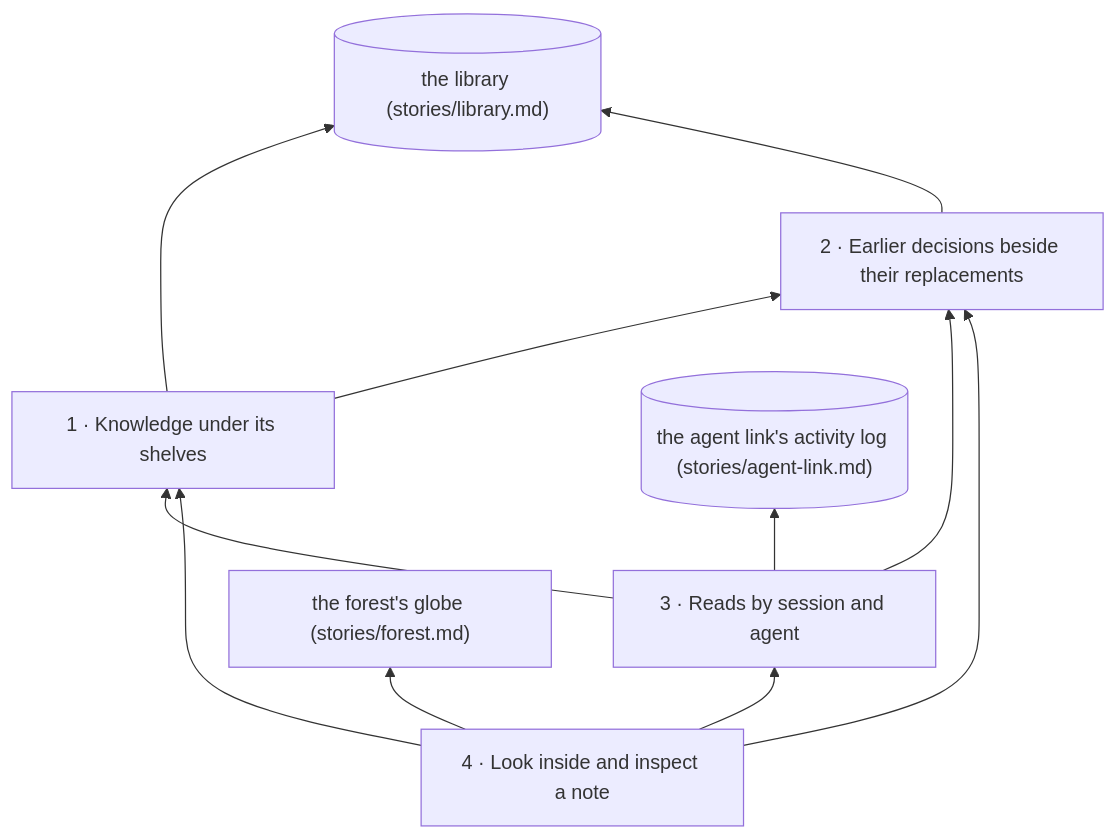
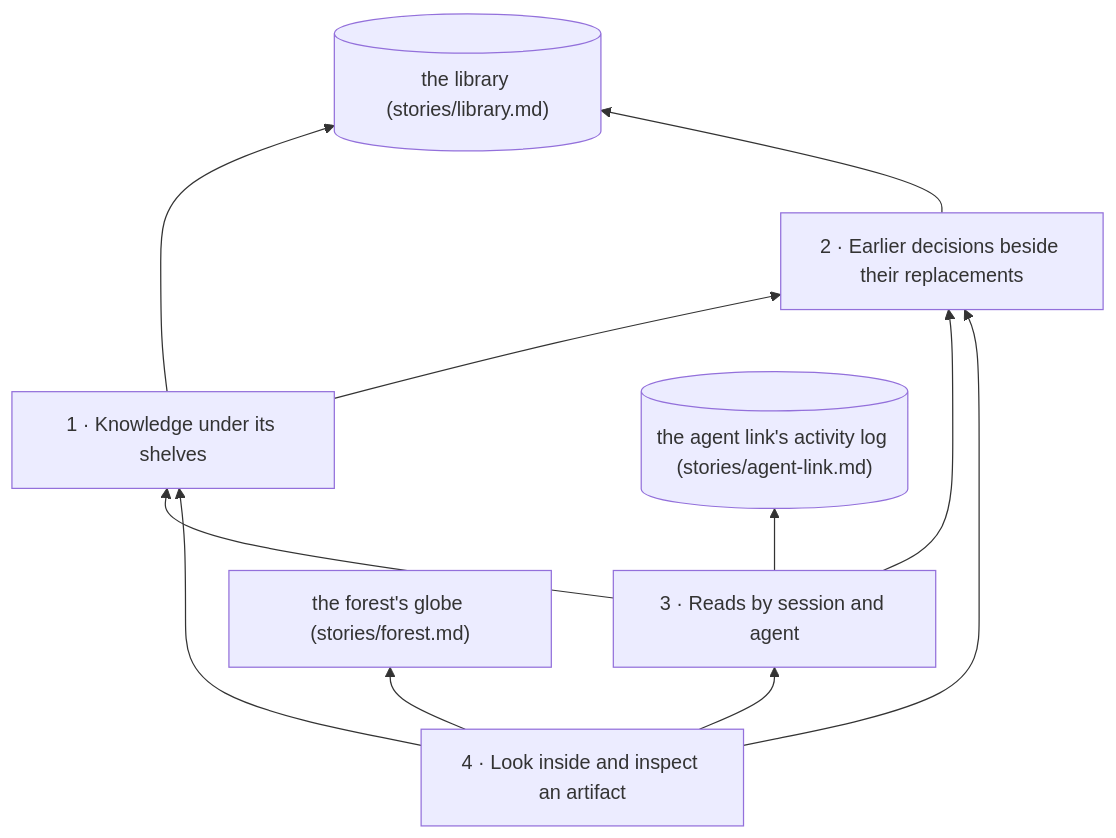
The diagram in stories/knowledge-core.md (storytree-ai/storytree), drawn with Mermaid before and after one commit. The commit also changed other lines of this file and 31 other files, not shown here.

````diff
--- a/stories/knowledge-core.md
+++ b/stories/knowledge-core.md
@@ -52,20 +52,20 @@
 ```mermaid
 flowchart BT
   K1["1 · Knowledge under its shelves"]
   K2["2 · Earlier decisions beside their replacements"]
   K3["3 · Reads by session and agent"]
-  K4["4 · Look inside and inspect a note"]
+  K4["4 · Look inside and inspect an artifact"]
   LIB[("the library (stories/library.md)")]
   LOG[("the agent link's activity log (stories/agent-link.md)")]
   GLOBE["the forest's globe (stories/forest.md)"]
   K1 --> K2
   K1 --> LIB
   K2 --> LIB
   K3 --> K1
   K3 --> K2
   K3 --> LOG
   K4 --> K1
   K4 --> K2
   K4 --> K3
   K4 --> GLOBE
 ```
````
